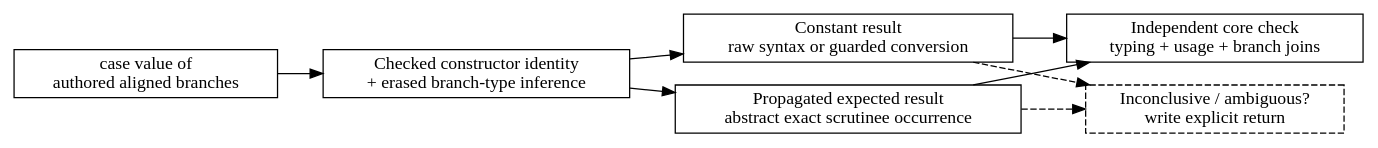
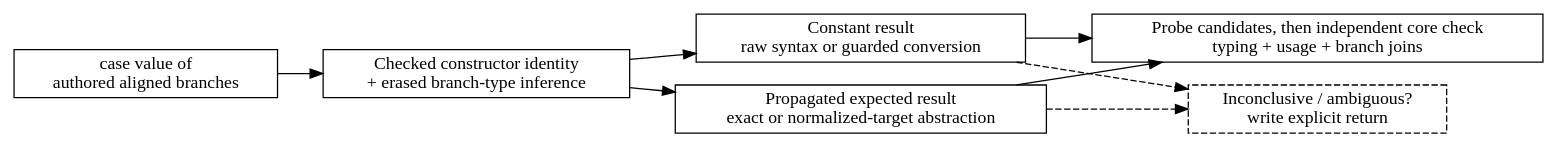
Before and after one commit to odunboye/fibril: the diagram in docs/diagrams/data-motive-inference.dot, drawn with Graphviz. The commit also changed 9 other files, not shown here.

```diff
--- a/docs/diagrams/data-motive-inference.dot
+++ b/docs/diagrams/data-motive-inference.dot
@@ -1,14 +1,14 @@
 digraph DataMotiveInference {
   rankdir=LR;
   node [shape=box];
   source [label="case value of\nauthored aligned branches"];
   types [label="Checked constructor identity\n+ erased branch-type inference"];
   constant [label="Constant result\nraw syntax or guarded conversion"];
-  expected [label="Propagated expected result\nabstract exact scrutinee occurrence"];
-  checker [label="Independent core check\ntyping + usage + branch joins"];
+  expected [label="Propagated expected result\nexact or normalized-target abstraction"];
+  checker [label="Probe candidates, then independent core check\ntyping + usage + branch joins"];
   fallback [label="Inconclusive / ambiguous?\nwrite explicit return", style=dashed];
   source -> types -> constant -> checker;
   types -> expected -> checker;
   constant -> fallback [style=dashed];
   expected -> fallback [style=dashed];
 }
```
